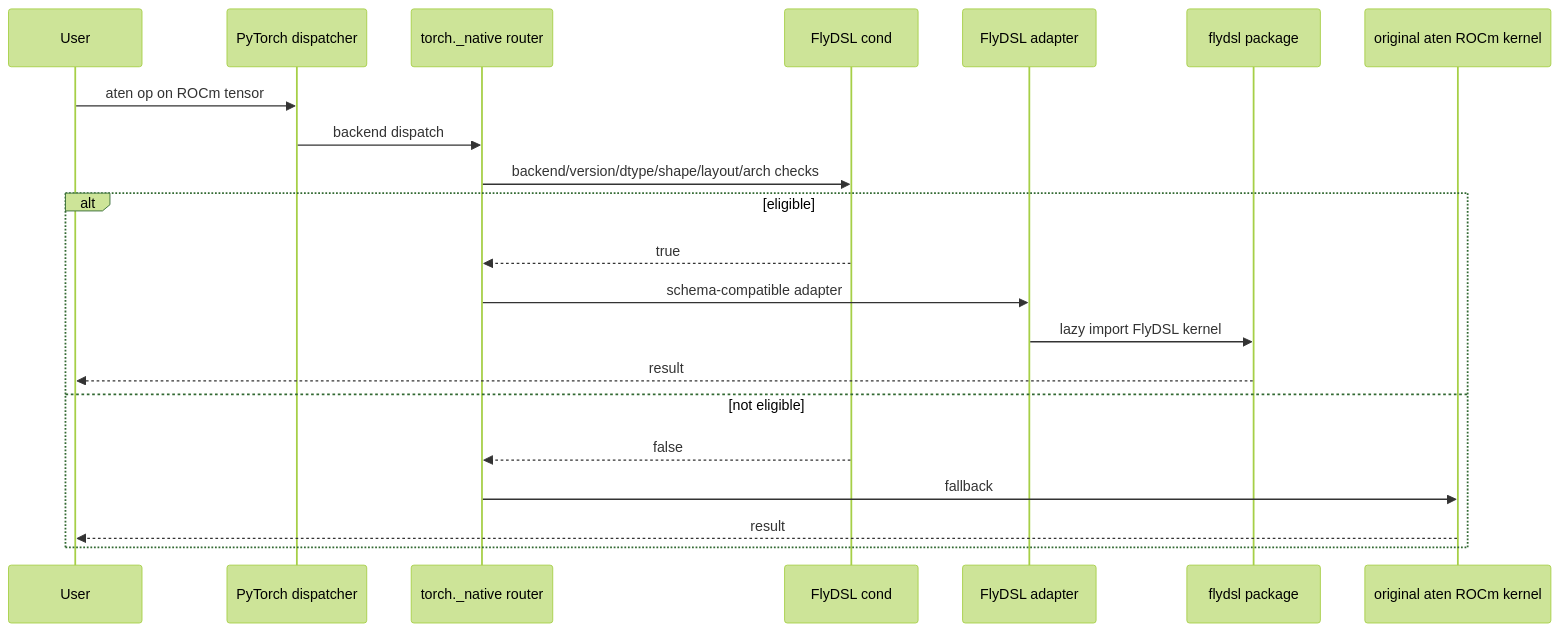
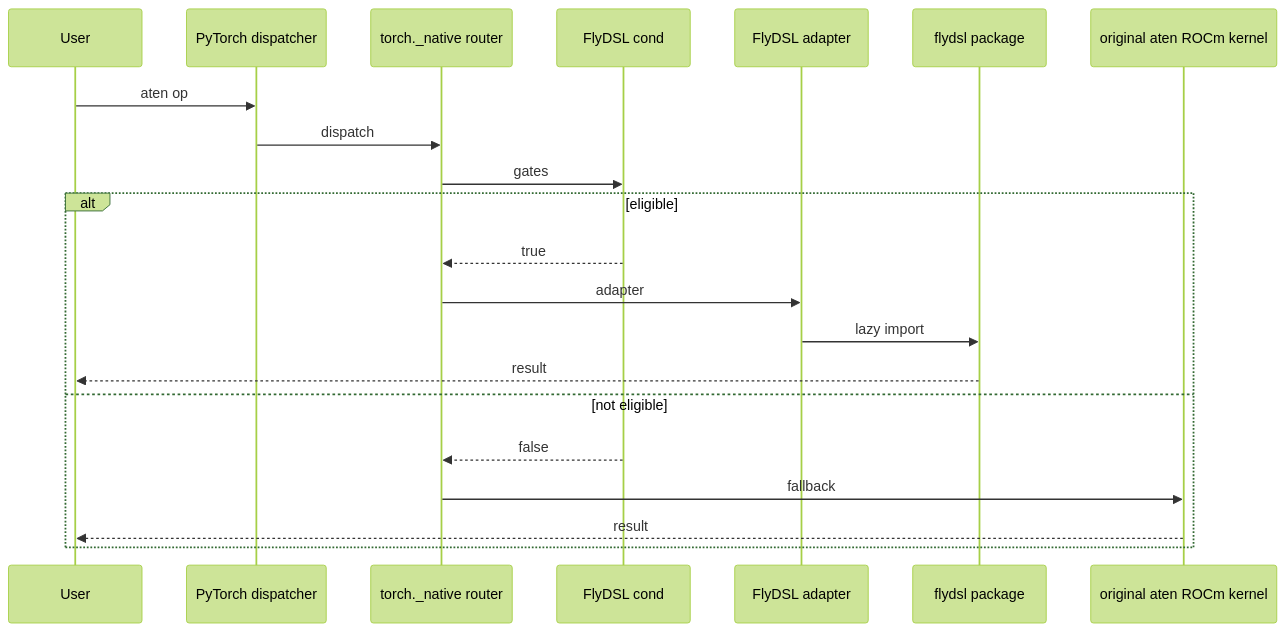
The third of 5 diagrams in docs/pytorch_integration_rfc.md (XiaobingSuper/FlyDSL), drawn with Mermaid (forest theme) before and after one commit. The commit also changed other lines of this file and 1 other file, not shown here.

````diff
--- a/docs/pytorch_integration_rfc.md
+++ b/docs/pytorch_integration_rfc.md
@@ -188,24 +188,24 @@
 ```mermaid
 sequenceDiagram
     participant User
     participant Dispatcher as PyTorch dispatcher
     participant Router as torch._native router
     participant Cond as FlyDSL cond
     participant Impl as FlyDSL adapter
     participant Fly as flydsl package
     participant Aten as original aten ROCm kernel
 
-    User->>Dispatcher: aten op on ROCm tensor
-    Dispatcher->>Router: backend dispatch
-    Router->>Cond: backend/version/dtype/shape/layout/arch checks
+    User->>Dispatcher: aten op
+    Dispatcher->>Router: dispatch
+    Router->>Cond: gates
     alt eligible
         Cond-->>Router: true
-        Router->>Impl: schema-compatible adapter
-        Impl->>Fly: lazy import FlyDSL kernel
+        Router->>Impl: adapter
+        Impl->>Fly: lazy import
         Fly-->>User: result
     else not eligible
         Cond-->>Router: false
         Router->>Aten: fallback
         Aten-->>User: result
     end
 ```
````
